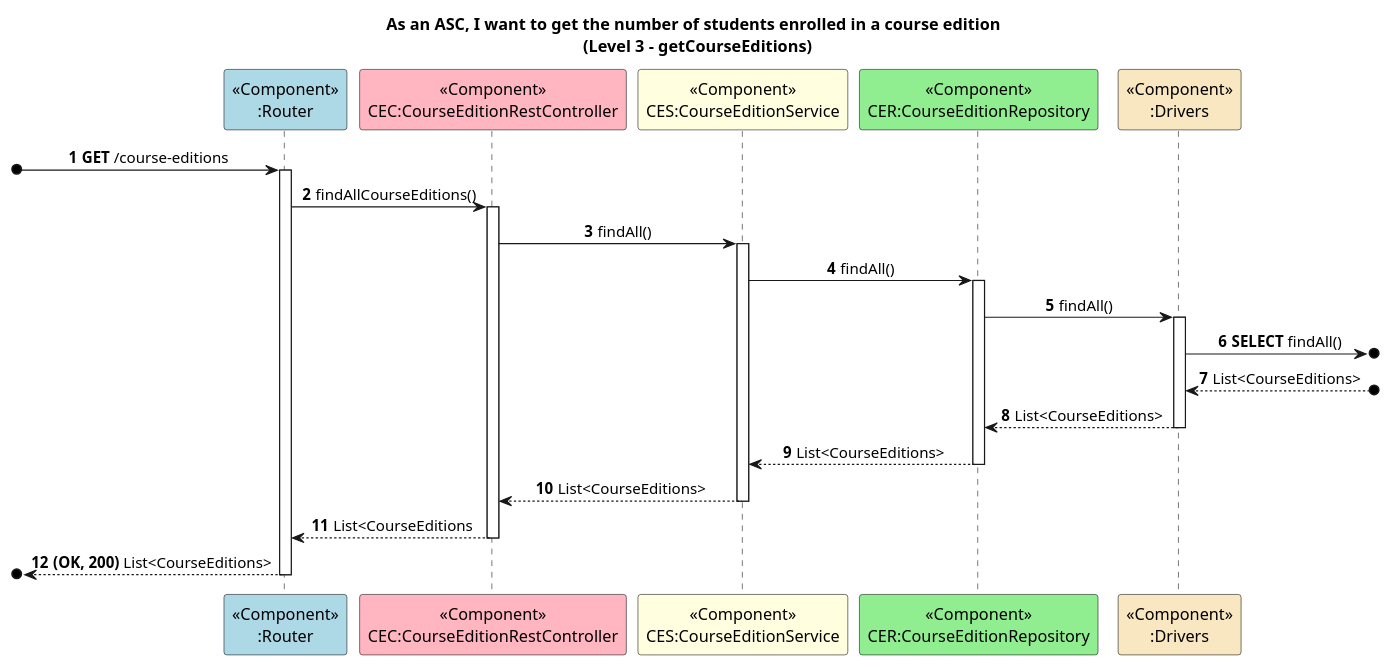
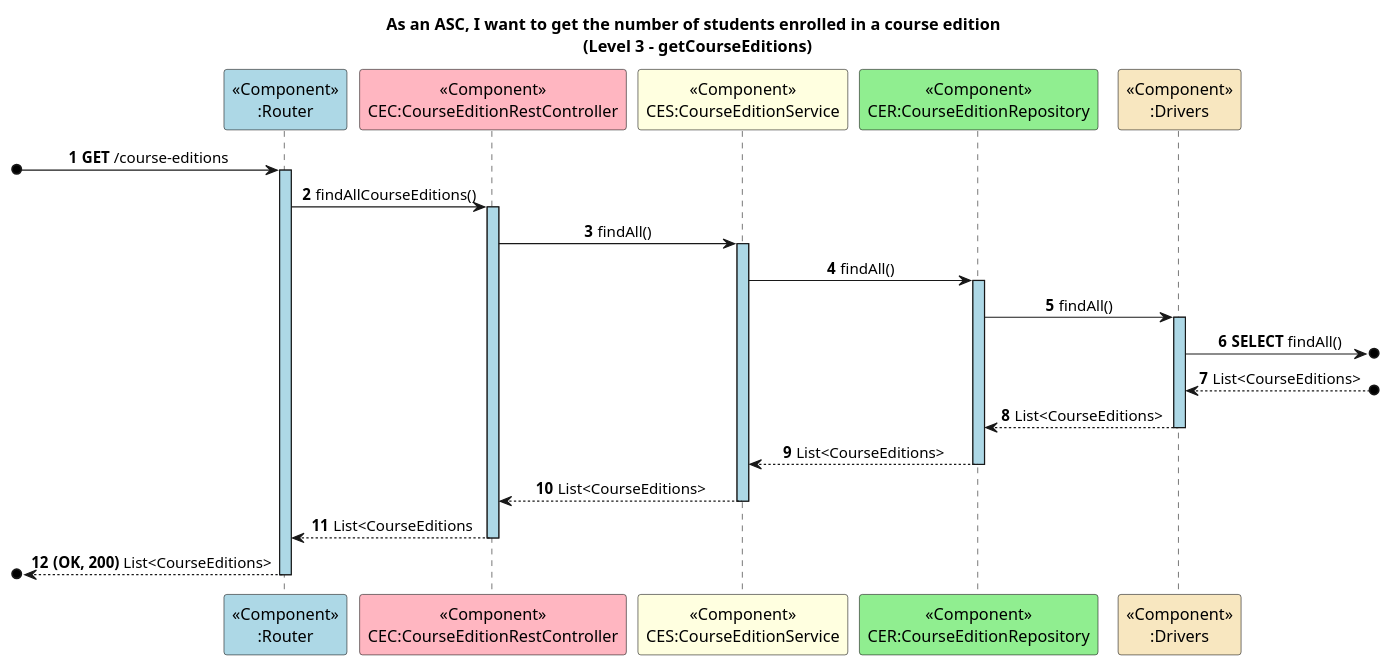
One commit to GasparISEP/DevOps-PAI changed the diagram in docs/US36/ProcessView/Level3-getCourseEditions.puml. Above: the diagram before and after it, drawn with PlantUML. The commit also changed 9 other files, not shown here.

Commit message:
Refs #652, #658: Refactored all US36 diagrams visual aspect

```diff
--- a/docs/US36/ProcessView/Level3-getCourseEditions.puml
+++ b/docs/US36/ProcessView/Level3-getCourseEditions.puml
@@ -1,26 +1,27 @@
 @startuml
 
 autonumber
 title As an ASC, I want to get the number of students enrolled in a course edition \n (Level 3 - getCourseEditions)
 skinparam sequencemessagealign center
+skinparam sequenceLifeLineBackgroundColor #lightblue
 
 participant "<<Component>>\n:Router" as Router #lightblue
 participant "<<Component>>\nCEC:CourseEditionRestController" as C #lightpink
 participant "<<Component>>\nCES:CourseEditionService" as S #lightyellow
 participant "<<Component>>\nCER:CourseEditionRepository" as R #lightgreen
 participant "<<Component>>\n:Drivers" as D #strategy
 
 [o-> Router ++: **GET** /course-editions
 Router -> C ++: findAllCourseEditions()
 C -> S ++: findAll()
 S -> R ++: findAll()
 R -> D ++: findAll()
 D ->o] : **SELECT** findAll()
 D <--o] : List<CourseEditions>
 D --> R --: List<CourseEditions>
 R --> S --: List<CourseEditions>
 S --> C --: List<CourseEditions>
 C --> Router --: List<CourseEditions
 [o<-- Router --: **(OK, 200)** List<CourseEditions>
 
 @enduml
```
